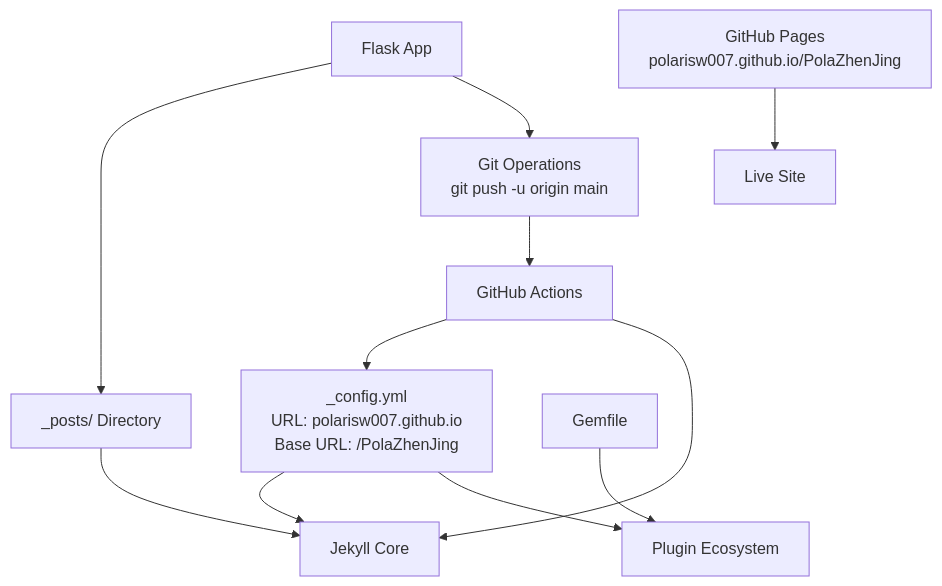
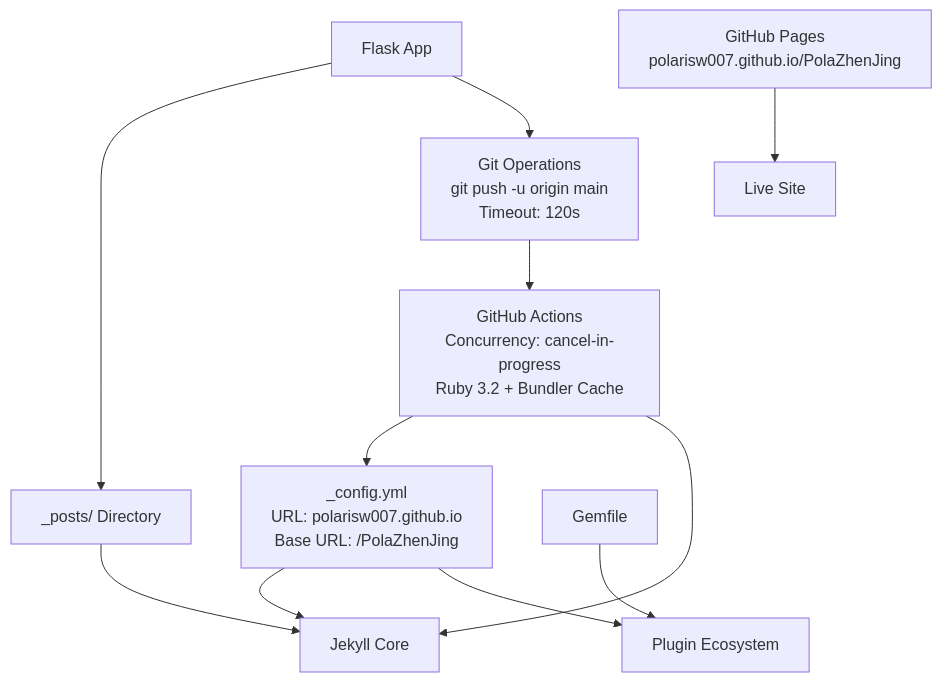
The fourth of 4 diagrams in .qoder/repowiki/en/content/Backend Application/Publishing Pipeline.md (PolarisW007/PolaZhenJing), drawn with Mermaid before and after one commit. The commit also changed other lines of this file and 17 other files, not shown here.

Commit message:
Add article preview, GitHub links, improved PDF conversion

````diff
--- a/.qoder/repowiki/en/content/Backend Application/Publishing Pipeline.md
+++ b/.qoder/repowiki/en/content/Backend Application/Publishing Pipeline.md
@@ -229,13 +232,13 @@
 ```mermaid
 graph TB
 CFG["_config.yml<br/>URL: polarisw007.github.io<br/>Base URL: /PolaZhenJing"] --> JKY["Jekyll Core"]
 CFG --> PLG["Plugin Ecosystem"]
 FLSK["Flask App"] --> POSTS["_posts/ Directory"]
-FLSK --> GIT["Git Operations<br/>git push -u origin main"]
+FLSK --> GIT["Git Operations<br/>git push -u origin main<br/>Timeout: 120s"]
 POSTS --> JKY
-GIT --> ACT["GitHub Actions"]
+GIT --> ACT["GitHub Actions<br/>Concurrency: cancel-in-progress<br/>Ruby 3.2 + Bundler Cache"]
 ACT --> CFG
 ACT --> JKY
 GEM["Gemfile"] --> PLG
 PAGES["GitHub Pages<br/>polarisw007.github.io/PolaZhenJing"] --> LIVE["Live Site"]
 ```
````
